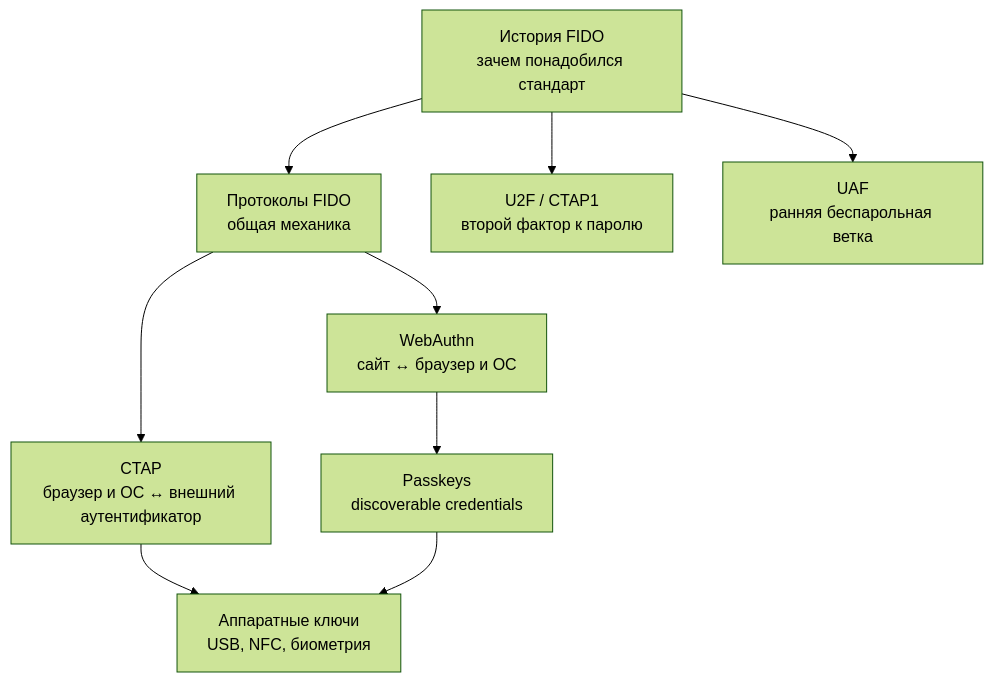
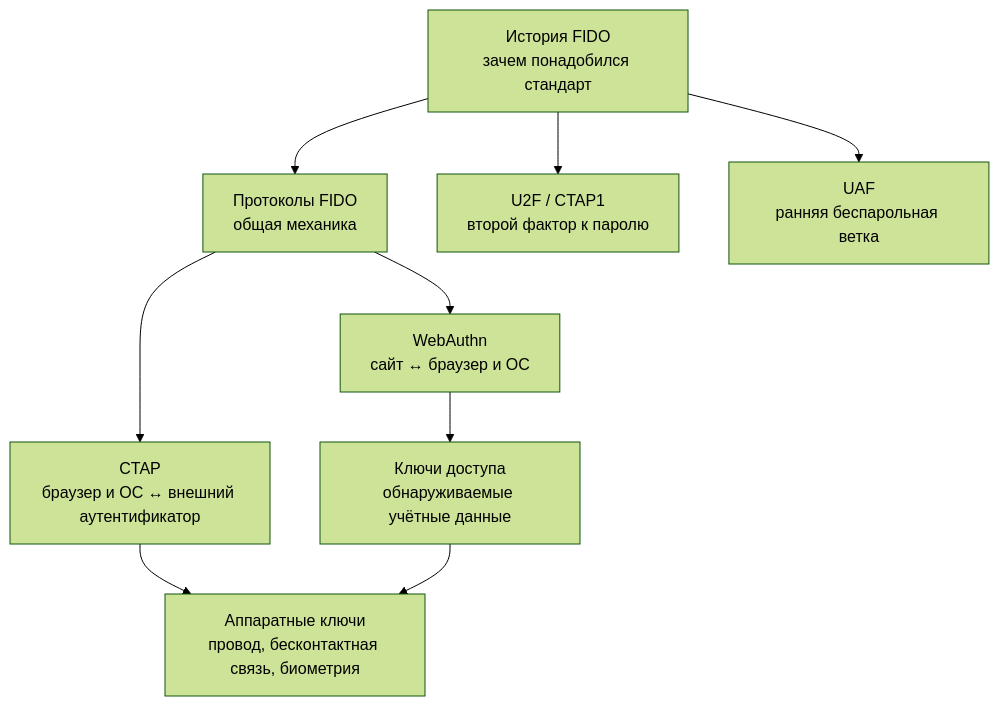
Before and after one commit to zapret-discordyoutube/todo: the diagram in FIDO/00-overview.md, drawn with Mermaid (forest theme). The commit also changed other lines of this file and 8 other files, not shown here.

````diff
--- a/FIDO/00-overview.md
+++ b/FIDO/00-overview.md
@@ -26,11 +44,11 @@
 ```mermaid
 flowchart TD
     History["История FIDO<br>зачем понадобился стандарт"] --> Protocols["Протоколы FIDO<br>общая механика"]
     Protocols --> WebAuthn["WebAuthn<br>сайт ↔ браузер и ОС"]
     Protocols --> CTAP["CTAP<br>браузер и ОС ↔ внешний аутентификатор"]
     History --> U2F["U2F / CTAP1<br>второй фактор к паролю"]
     History --> UAF["UAF<br>ранняя беспарольная ветка"]
-    WebAuthn --> Passkeys["Passkeys<br>discoverable credentials"]
-    CTAP --> Hardware["Аппаратные ключи<br>USB, NFC, биометрия"]
+    WebAuthn --> Passkeys["Ключи доступа<br>обнаруживаемые учётные данные"]
+    CTAP --> Hardware["Аппаратные ключи<br>провод, бесконтактная связь, биометрия"]
     Passkeys --> Hardware
 ```
````
